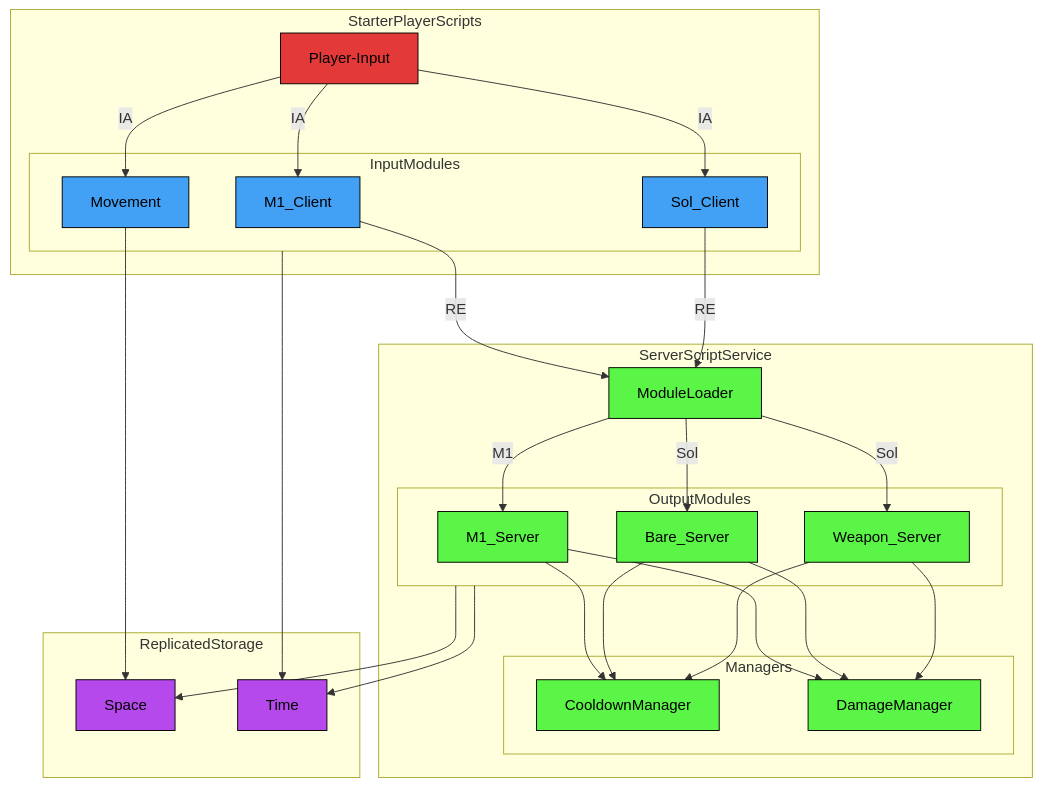
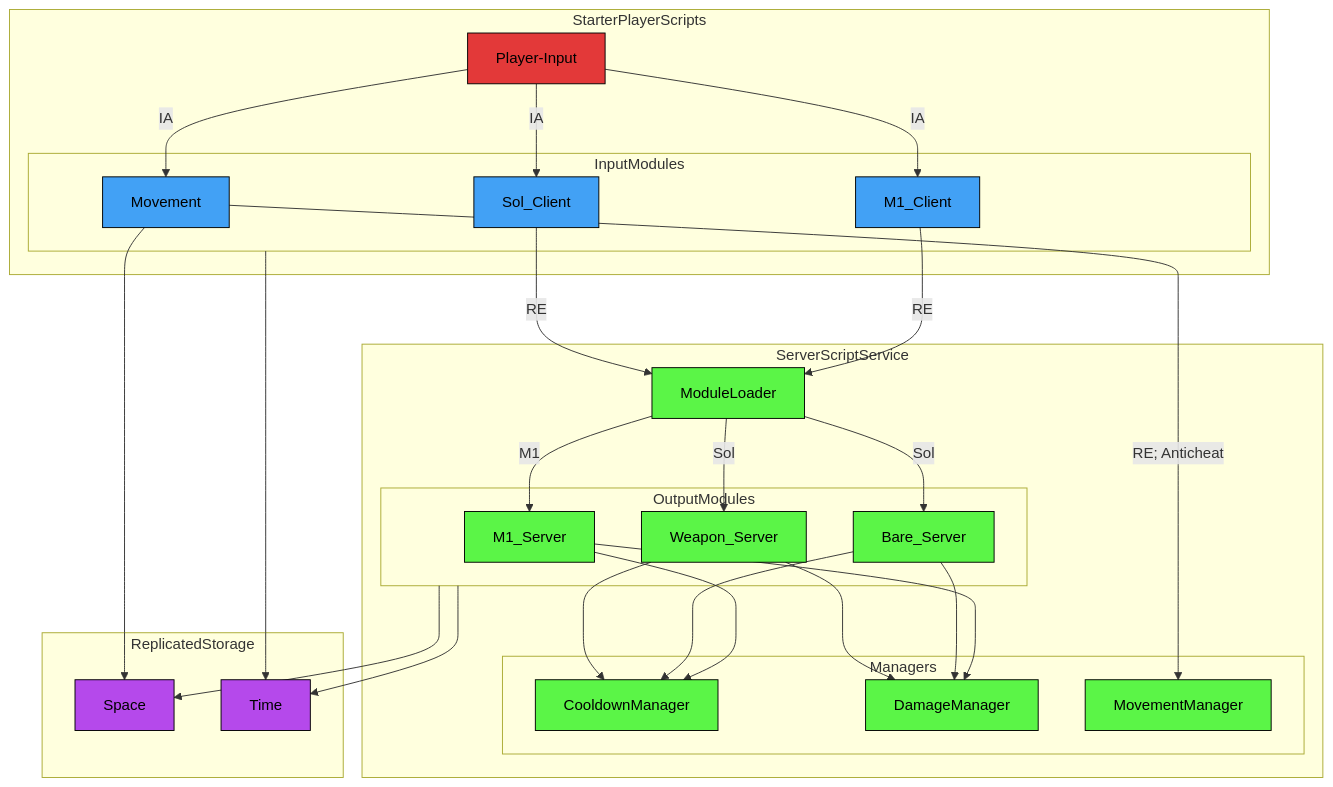
Before and after one commit to altair5607249/Crusaders-Game: the second of 3 diagrams in README.md, drawn with Mermaid.

````diff
--- a/README.md
+++ b/README.md
@@ -111,70 +111,72 @@
 ```mermaid
 flowchart TB;
 
   classDef eventNode fill:#e33939,stroke:#000000,color:#000000
   classDef serverNode fill:#5bf547,stroke:#000000,color:#000000
   classDef clientNode fill:#42a1f5,stroke:#000000,color:#000000
   classDef universalNode fill:#b549eb,stroke:#000000,color:#000000
 
   subgraph StarterPlayerScripts
     subgraph InputModules
       M1_Client;
       Sol_Client;
       Movement;
     end
   
     Player-Input-->|IA| M1_Client;
     Player-Input-->|IA| Sol_Client;
     Player-Input-->|IA| Movement;
   end
 
   M1_Client-->|RE| ModuleLoader;
   Sol_Client-->|RE| ModuleLoader;
   Movement
 
   subgraph ServerScriptService
     ModuleLoader;
 
     subgraph Managers
       CooldownManager;
     end
 
     subgraph OutputModules
       M1_Server;
       Bare_Server;
       Weapon_Server;
     end
   
     subgraph Managers
       DamageManager;
+      MovementManager;
     end
   
     ModuleLoader-->|M1| M1_Server
     ModuleLoader-->|Sol| Bare_Server
     ModuleLoader-->|Sol| Weapon_Server
   end
 
   subgraph ReplicatedStorage
     Space;
     Time;
   end
 
   OutputModules-->Space;
   OutputModules-->Time;
 
   M1_Server-->CooldownManager;
   Bare_Server-->CooldownManager;
   Weapon_Server-->CooldownManager;
 
   M1_Server-->DamageManager;
   Bare_Server-->DamageManager;
   Weapon_Server-->DamageManager;
 
   InputModules-->Time;
   Movement-->Space;
+  Movement-->|RE; Anticheat| MovementManager;
 
   class Player-Input eventNode;
-  class ModuleLoader,M1_Server,Bare_Server,Weapon_Server,DamageManager,CooldownManager serverNode;
+  class ModuleLoader,M1_Server,Bare_Server,Weapon_Server,DamageManager,CooldownManager,MovementManager serverNode;
   class ModuleLoader2,M1_Client,Sol_Client,Movement,KnockbackHandler clientNode;
   class Space,Time universalNode;
 ```
````
